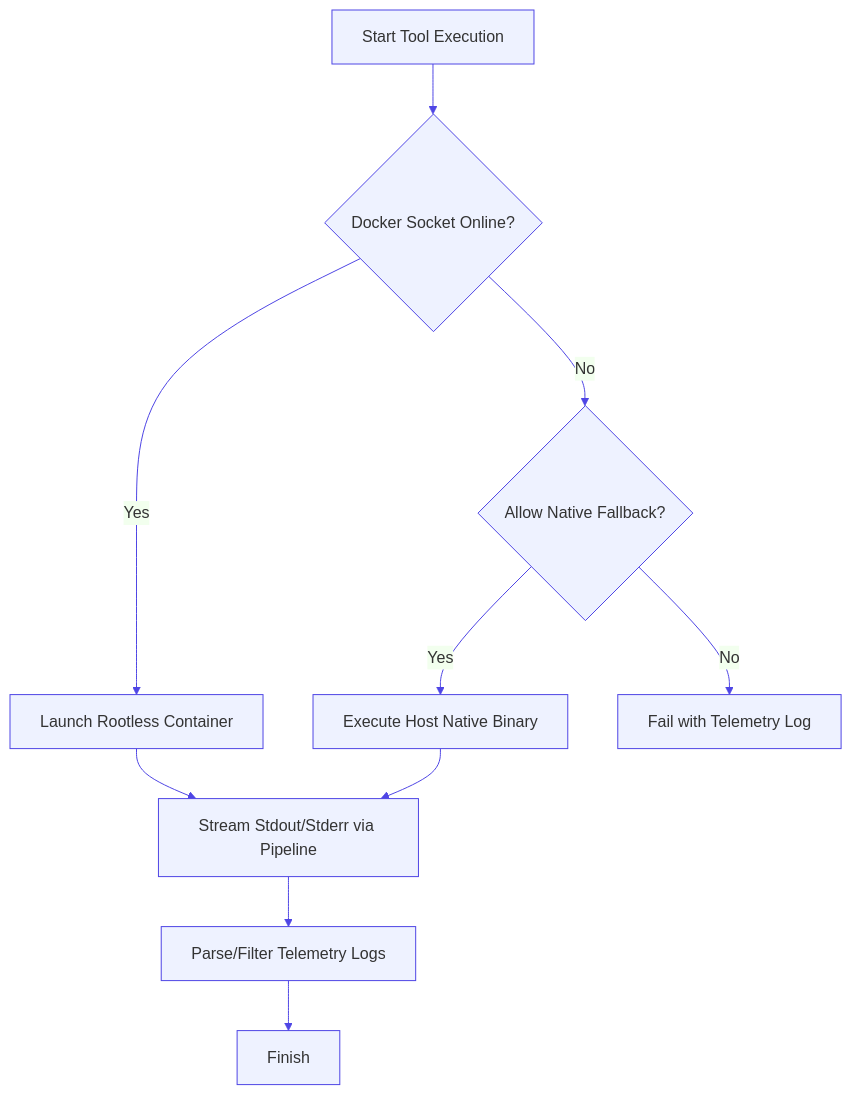
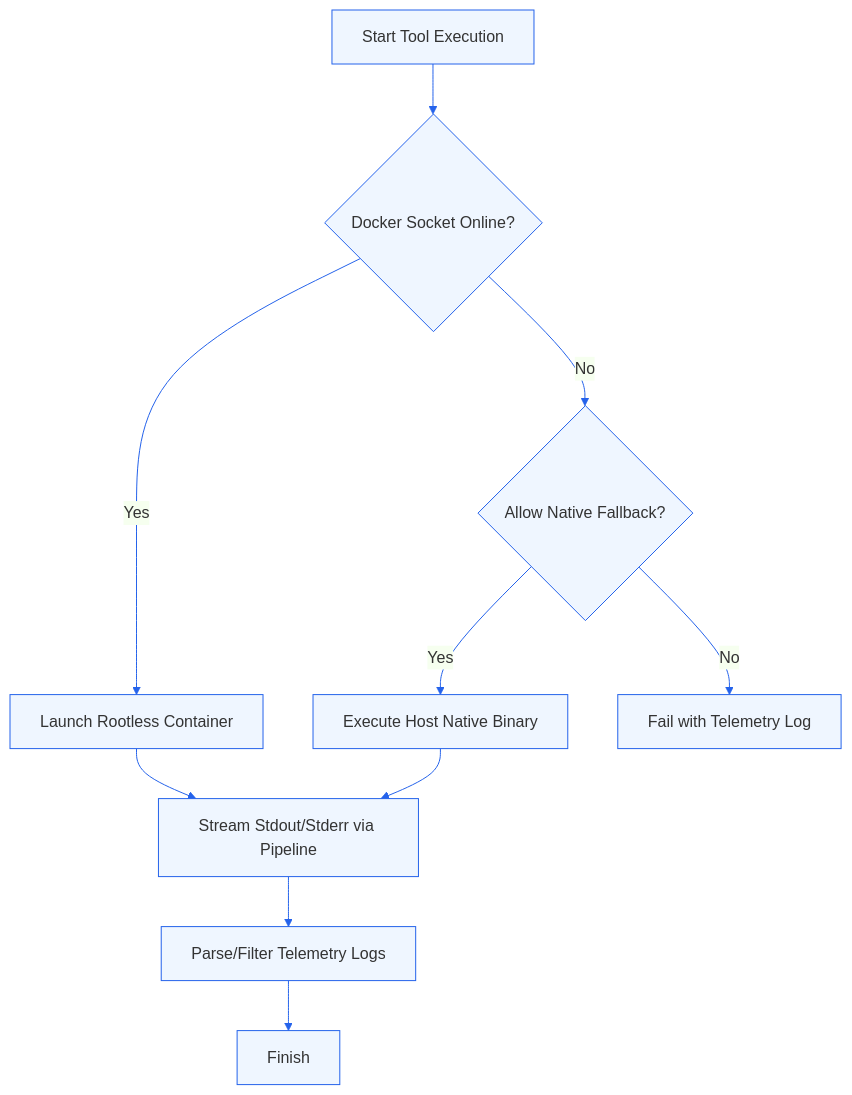
Before and after one commit to mtorun0x7cd/thesis-fentwums-container-extension: the diagram in README.md, drawn with Mermaid. The commit also changed other lines of this file and 5 other files, not shown here.

````diff
--- a/README.md
+++ b/README.md
@@ -74,13 +76,13 @@
 ```mermaid
-%%{init: {'theme': 'base', 'themeVariables': { 'primaryColor': '#EEF2FF', 'edgeColor': '#4F46E5', 'primaryBorderColor': '#4F46E5', 'lineColor': '#4F46E5', 'textColor': '#1E1B4B' }}}%%
+%%{init: {'theme': 'base', 'themeVariables': { 'primaryColor': '#EFF6FF', 'edgeColor': '#2563EB', 'primaryBorderColor': '#2563EB', 'lineColor': '#2563EB', 'textColor': '#0F172A' }}}%%
 graph TD
     A[Start Tool Execution] --> B{Docker Socket Online?}
     B -->|Yes| C[Launch Rootless Container]
     B -->|No| D{Allow Native Fallback?}
     D -->|Yes| E[Execute Host Native Binary]
     D -->|No| F[Fail with Telemetry Log]
     C --> G[Stream Stdout/Stderr via Pipeline]
     E --> G
     G --> H[Parse/Filter Telemetry Logs]
     H --> I[Finish]
 ```
````
